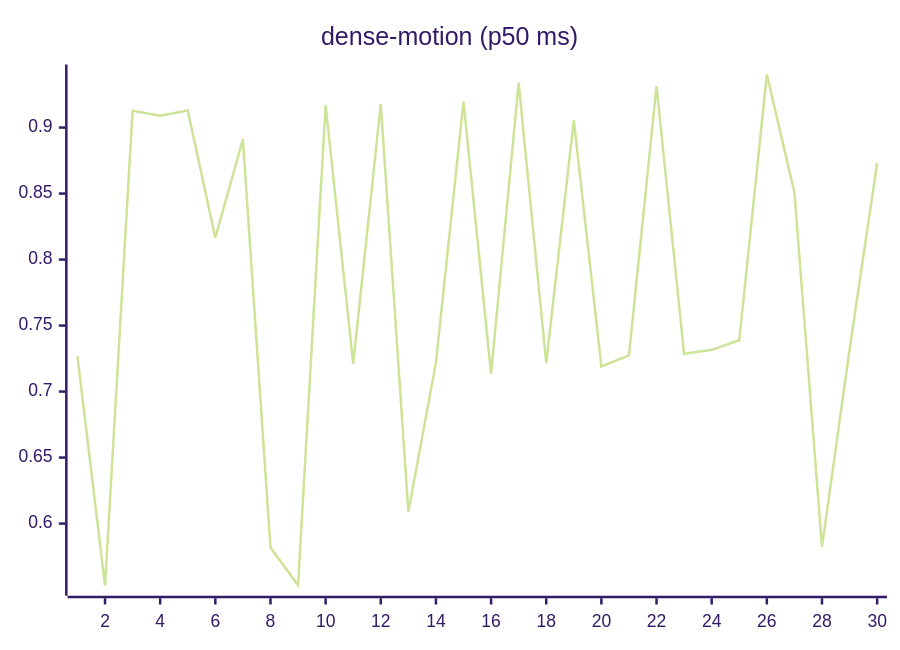
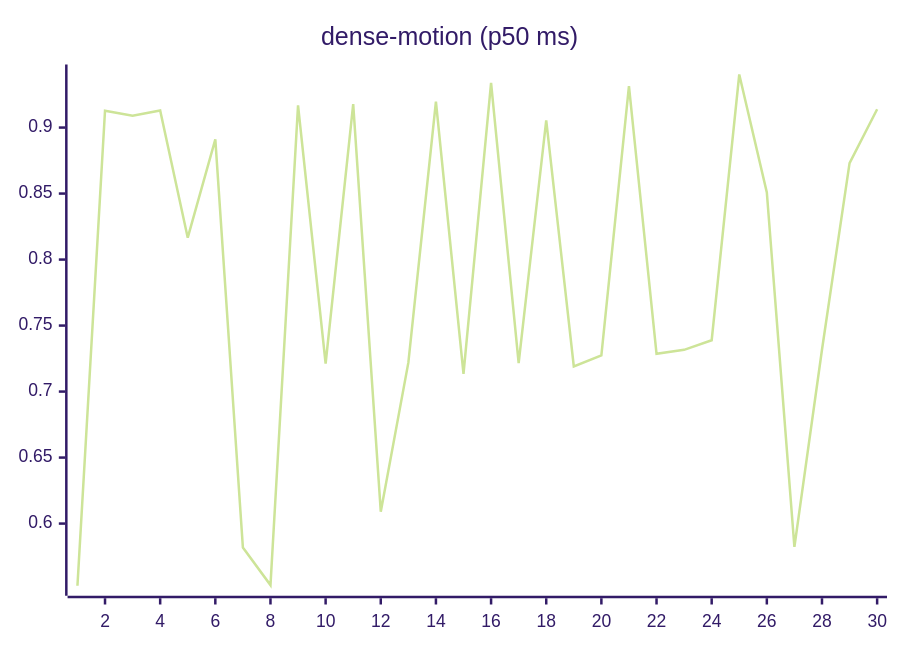
The ninth of 27 diagrams in README.md (josha/Facet), drawn with Mermaid (forest theme) before and after one commit. The commit also changed other lines of this file and 2 other files, not shown here.

````diff
--- a/README.md
+++ b/README.md
@@ -119,6 +119,6 @@
 ```mermaid
 xychart-beta
     title "dense-motion (p50 ms)"
     x-axis 1 --> 30
-    line [0.7269, 0.5529, 0.9128, 0.9089, 0.9130, 0.8166, 0.8911, 0.5818, 0.5534, 0.9168, 0.7211, 0.9177, 0.6090, 0.7219, 0.9196, 0.7134, 0.9338, 0.7216, 0.9055, 0.7190, 0.7274, 0.9314, 0.7286, 0.7316, 0.7389, 0.9402, 0.8508, 0.5823, 0.7317, 0.8731]
+    line [0.5529, 0.9128, 0.9089, 0.9130, 0.8166, 0.8911, 0.5818, 0.5534, 0.9168, 0.7211, 0.9177, 0.6090, 0.7219, 0.9196, 0.7134, 0.9338, 0.7216, 0.9055, 0.7190, 0.7274, 0.9314, 0.7286, 0.7316, 0.7389, 0.9402, 0.8508, 0.5823, 0.7317, 0.8731, 0.9139]
 ```
````
